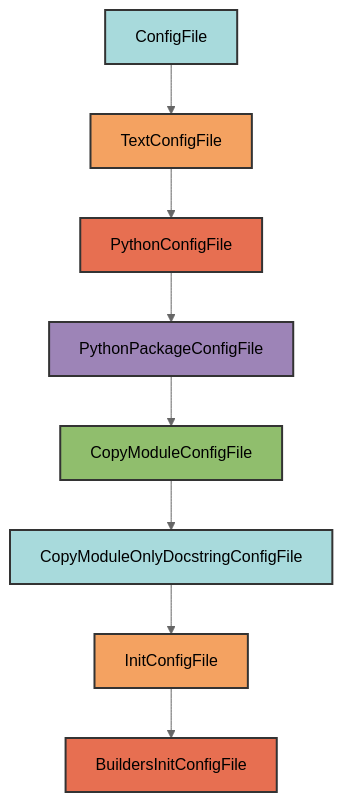
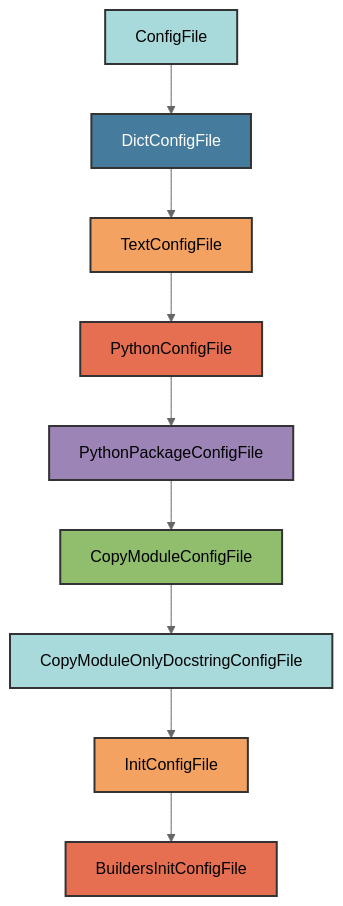
Before and after one commit to Winipedia/pyrig: the diagram in docs/configs/builders_init.md, drawn with Mermaid (neutral theme). The commit also changed other lines of this file and 21 other files, not shown here.

````diff
--- a/docs/configs/builders_init.md
+++ b/docs/configs/builders_init.md
@@ -17,19 +17,21 @@
 ```mermaid
 graph TD
-    A[ConfigFile] --> B[TextConfigFile]
-    B --> C[PythonConfigFile]
-    C --> D[PythonPackageConfigFile]
-    D --> E[CopyModuleConfigFile]
-    E --> F[CopyModuleOnlyDocstringConfigFile]
-    F --> G[InitConfigFile]
-    G --> H[BuildersInitConfigFile]
+    A[ConfigFile] --> B[DictConfigFile]
+    B --> C[TextConfigFile]
+    C --> D[PythonConfigFile]
+    D --> E[PythonPackageConfigFile]
+    E --> F[CopyModuleConfigFile]
+    F --> G[CopyModuleOnlyDocstringConfigFile]
+    G --> H[InitConfigFile]
+    H --> I[BuildersInitConfigFile]
 
     style A fill:#a8dadc,stroke:#333,stroke-width:2px,color:#000
-    style B fill:#f4a261,stroke:#333,stroke-width:2px,color:#000
-    style C fill:#e76f51,stroke:#333,stroke-width:2px,color:#000
-    style D fill:#9d84b7,stroke:#333,stroke-width:2px,color:#000
-    style E fill:#90be6d,stroke:#333,stroke-width:2px,color:#000
-    style F fill:#a8dadc,stroke:#333,stroke-width:2px,color:#000
-    style G fill:#f4a261,stroke:#333,stroke-width:2px,color:#000
-    style H fill:#e76f51,stroke:#333,stroke-width:2px,color:#000
+    style B fill:#457b9d,stroke:#333,stroke-width:2px,color:#fff
+    style C fill:#f4a261,stroke:#333,stroke-width:2px,color:#000
+    style D fill:#e76f51,stroke:#333,stroke-width:2px,color:#000
+    style E fill:#9d84b7,stroke:#333,stroke-width:2px,color:#000
+    style F fill:#90be6d,stroke:#333,stroke-width:2px,color:#000
+    style G fill:#a8dadc,stroke:#333,stroke-width:2px,color:#000
+    style H fill:#f4a261,stroke:#333,stroke-width:2px,color:#000
+    style I fill:#e76f51,stroke:#333,stroke-width:2px,color:#000
 ```
````
